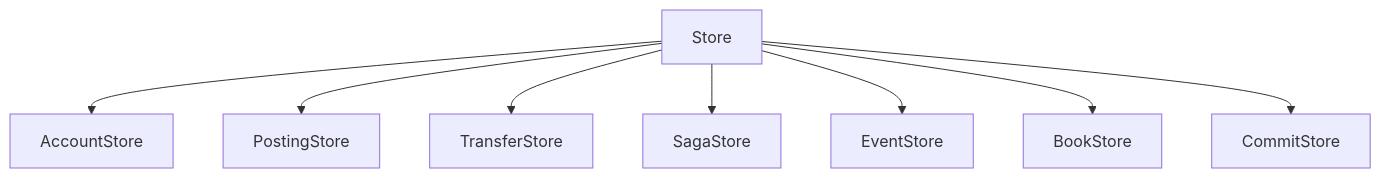
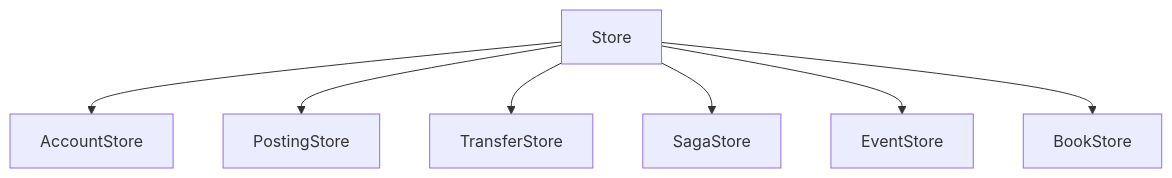
The third of 4 diagrams in doc/crates.md (crodas/kuatia), drawn with Mermaid before and after one commit. The commit also changed other lines of this file and 27 other files, not shown here.

````diff
--- a/doc/crates.md
+++ b/doc/crates.md
@@ -167,10 +165,9 @@
 ```mermaid
 graph TB
     Store --> AccountStore
     Store --> PostingStore
     Store --> TransferStore
     Store --> SagaStore
     Store --> EventStore
     Store --> BookStore
-    Store --> CommitStore
 ```
````
